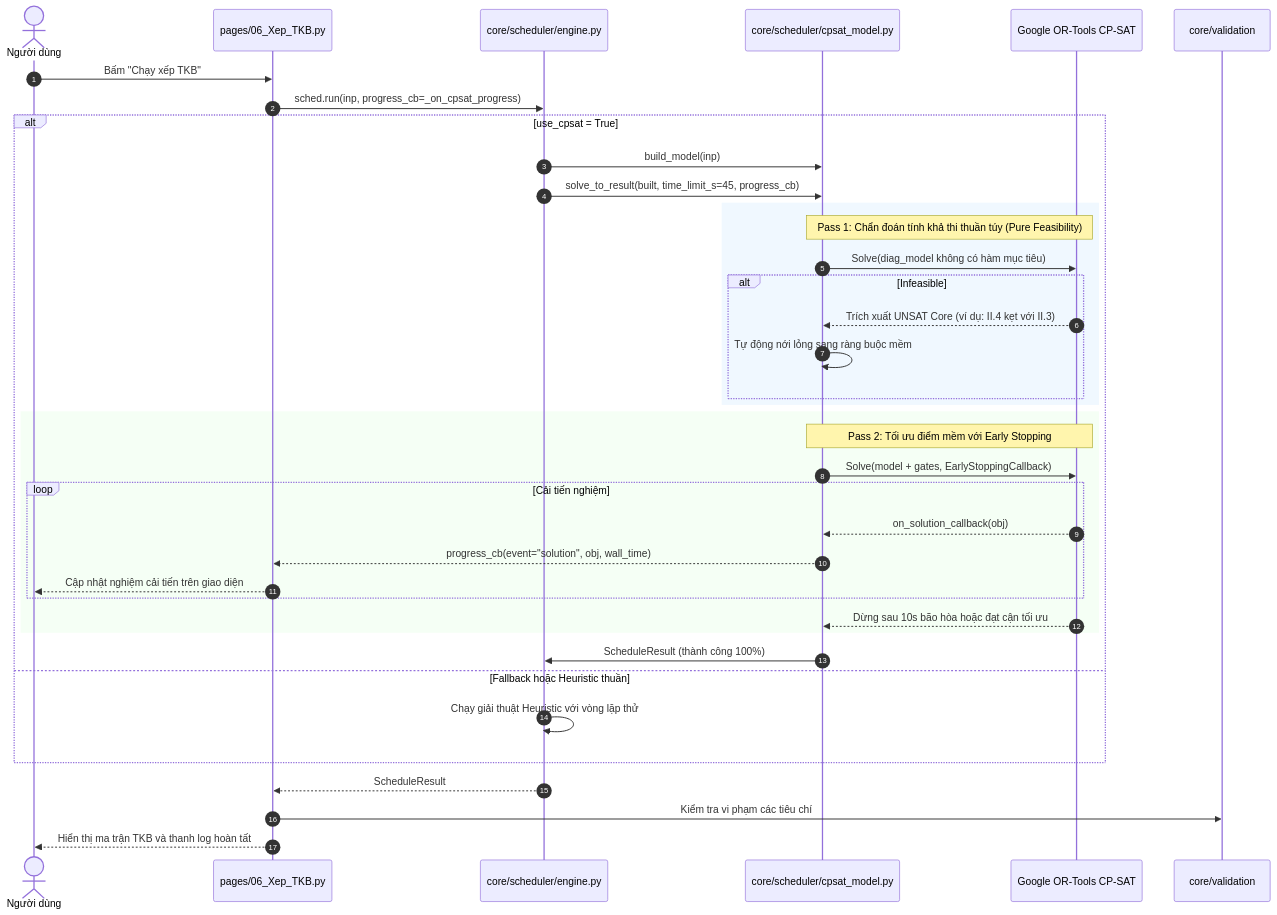
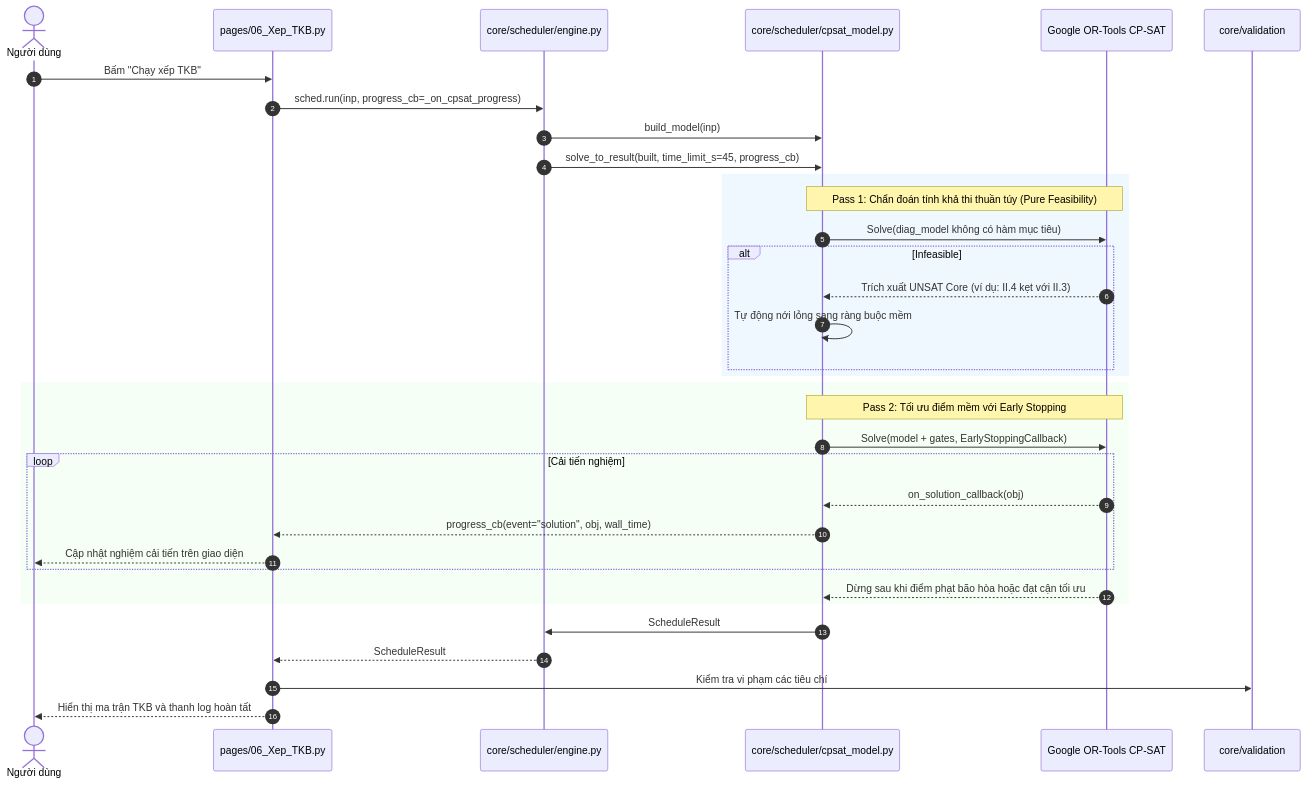
Before and after one commit to setsuna1995/tkb_app: the second of 2 diagrams in ARCHITECTURE.md, drawn with Mermaid. The commit also changed other lines of this file and 17 other files, not shown here.

````diff
--- a/ARCHITECTURE.md
+++ b/ARCHITECTURE.md
@@ -44,46 +44,41 @@
 ```mermaid
 sequenceDiagram
     autonumber
     actor User as Người dùng
     participant UI as pages/06_Xep_TKB.py
     participant Engine as core/scheduler/engine.py
     participant CPSat as core/scheduler/cpsat_model.py
     participant Solver as Google OR-Tools CP-SAT
     participant Val as core/validation
 
     User->>UI: Bấm "Chạy xếp TKB"
     UI->>Engine: sched.run(inp, progress_cb=_on_cpsat_progress)
     
-    alt use_cpsat = True
-        Engine->>CPSat: build_model(inp)
-        Engine->>CPSat: solve_to_result(built, time_limit_s=45, progress_cb)
-        
-        rect rgb(240, 248, 255)
-            Note over CPSat,Solver: Pass 1: Chẩn đoán tính khả thi thuần túy (Pure Feasibility)
-            CPSat->>Solver: Solve(diag_model không có hàm mục tiêu)
-            alt Infeasible
-                Solver-->>CPSat: Trích xuất UNSAT Core (ví dụ: II.4 kẹt với II.3)
-                CPSat->>CPSat: Tự động nới lỏng sang ràng buộc mềm
-            end
+    Engine->>CPSat: build_model(inp)
+    Engine->>CPSat: solve_to_result(built, time_limit_s=45, progress_cb)
+    
+    rect rgb(240, 248, 255)
+        Note over CPSat,Solver: Pass 1: Chẩn đoán tính khả thi thuần túy (Pure Feasibility)
+        CPSat->>Solver: Solve(diag_model không có hàm mục tiêu)
+        alt Infeasible
+            Solver-->>CPSat: Trích xuất UNSAT Core (ví dụ: II.4 kẹt với II.3)
+            CPSat->>CPSat: Tự động nới lỏng sang ràng buộc mềm
         end
-
-        rect rgb(245, 255, 245)
-            Note over CPSat,Solver: Pass 2: Tối ưu điểm mềm với Early Stopping
-            CPSat->>Solver: Solve(model + gates, EarlyStoppingCallback)
-            loop Cải tiến nghiệm
-                Solver-->>CPSat: on_solution_callback(obj)
-                CPSat-->>UI: progress_cb(event="solution", obj, wall_time)
-                UI-->>User: Cập nhật nghiệm cải tiến trên giao diện
-            end
-            Solver-->>CPSat: Dừng sau 10s bão hòa hoặc đạt cận tối ưu
-        end
-        
-        CPSat->>Engine: ScheduleResult (thành công 100%)
-    else Fallback hoặc Heuristic thuần
-        Engine->>Engine: Chạy giải thuật Heuristic với vòng lặp thử
     end
 
+    rect rgb(245, 255, 245)
+        Note over CPSat,Solver: Pass 2: Tối ưu điểm mềm với Early Stopping
+        CPSat->>Solver: Solve(model + gates, EarlyStoppingCallback)
+        loop Cải tiến nghiệm
+            Solver-->>CPSat: on_solution_callback(obj)
+            CPSat-->>UI: progress_cb(event="solution", obj, wall_time)
+            UI-->>User: Cập nhật nghiệm cải tiến trên giao diện
+        end
+        Solver-->>CPSat: Dừng sau khi điểm phạt bão hòa hoặc đạt cận tối ưu
+    end
+    
+    CPSat->>Engine: ScheduleResult
     Engine-->>UI: ScheduleResult
     UI->>Val: Kiểm tra vi phạm các tiêu chí
     UI-->>User: Hiển thị ma trận TKB và thanh log hoàn tất
 ```
````
